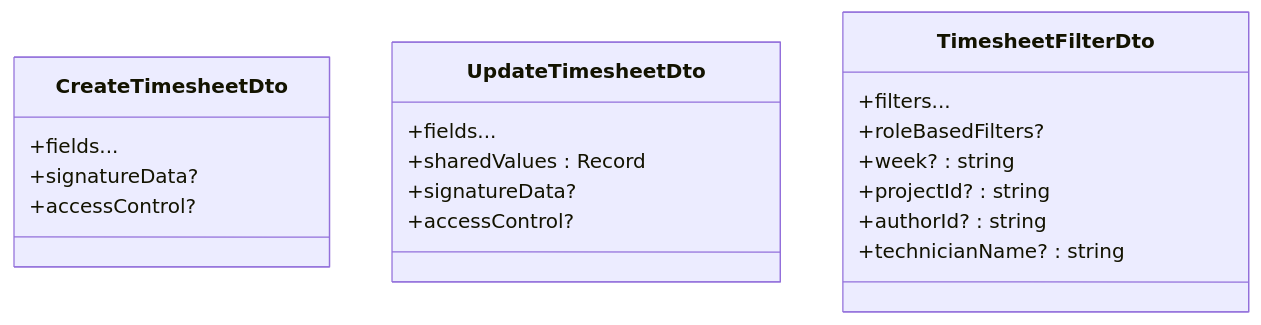
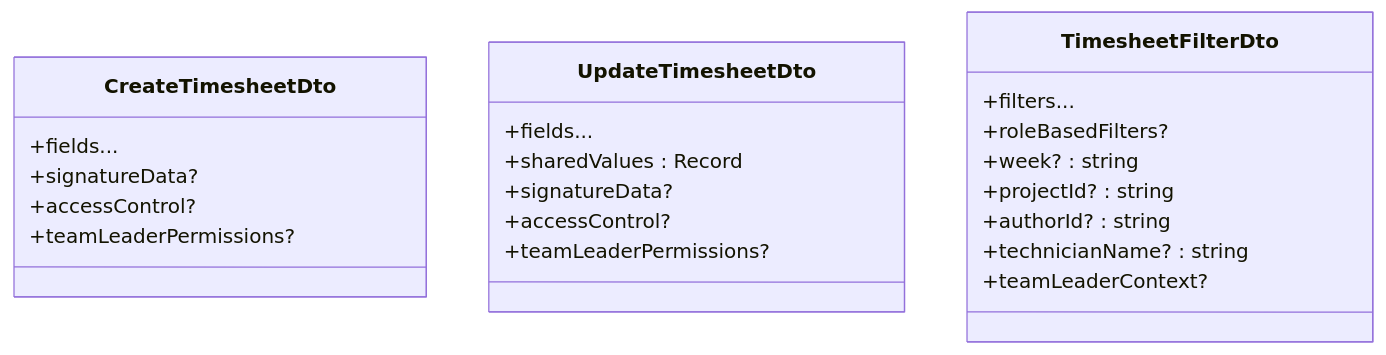
Before and after one commit to RobertRuas/windlog: the fifth of 13 diagrams in .qoder/repowiki/en/content/Arquitetura Backend/Módulos do Sistema/Timesheet Semanal - Módulo Backend.md, drawn with Mermaid. The commit also changed other lines of this file and 46 other files, not shown here.

First line of the commit message:
fix: persist isTeamLeader on user update and return in user list

````diff
--- a/.qoder/repowiki/en/content/Arquitetura Backend/Módulos do Sistema/Timesheet Semanal - Módulo Backend.md
+++ b/.qoder/repowiki/en/content/Arquitetura Backend/Módulos do Sistema/Timesheet Semanal - Módulo Backend.md
@@ -383,22 +408,25 @@
 ```mermaid
 classDiagram
 class CreateTimesheetDto {
 +fields...
 +signatureData?
 +accessControl?
++teamLeaderPermissions?
 }
 class UpdateTimesheetDto {
 +fields...
 +sharedValues : Record<string, string>
 +signatureData?
 +accessControl?
++teamLeaderPermissions?
 }
 class TimesheetFilterDto {
 +filters...
 +roleBasedFilters?
 +week? : string
 +projectId? : string
 +authorId? : string
 +technicianName? : string
++teamLeaderContext?
 }
 ```
````
